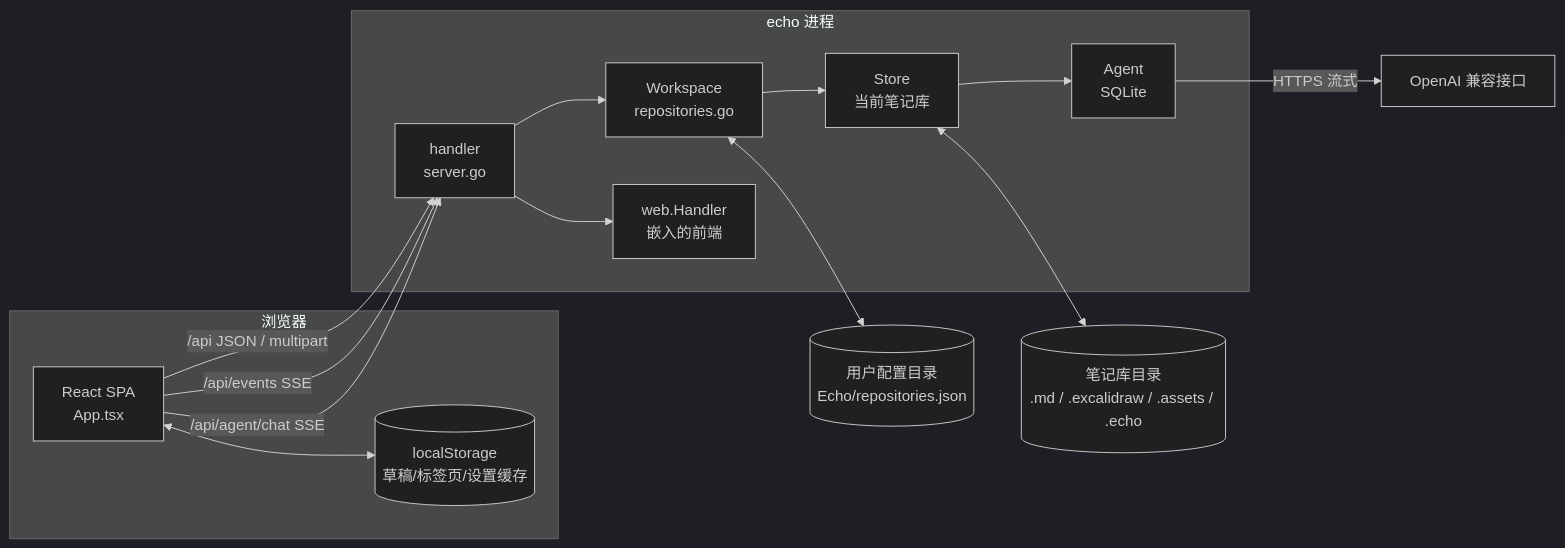
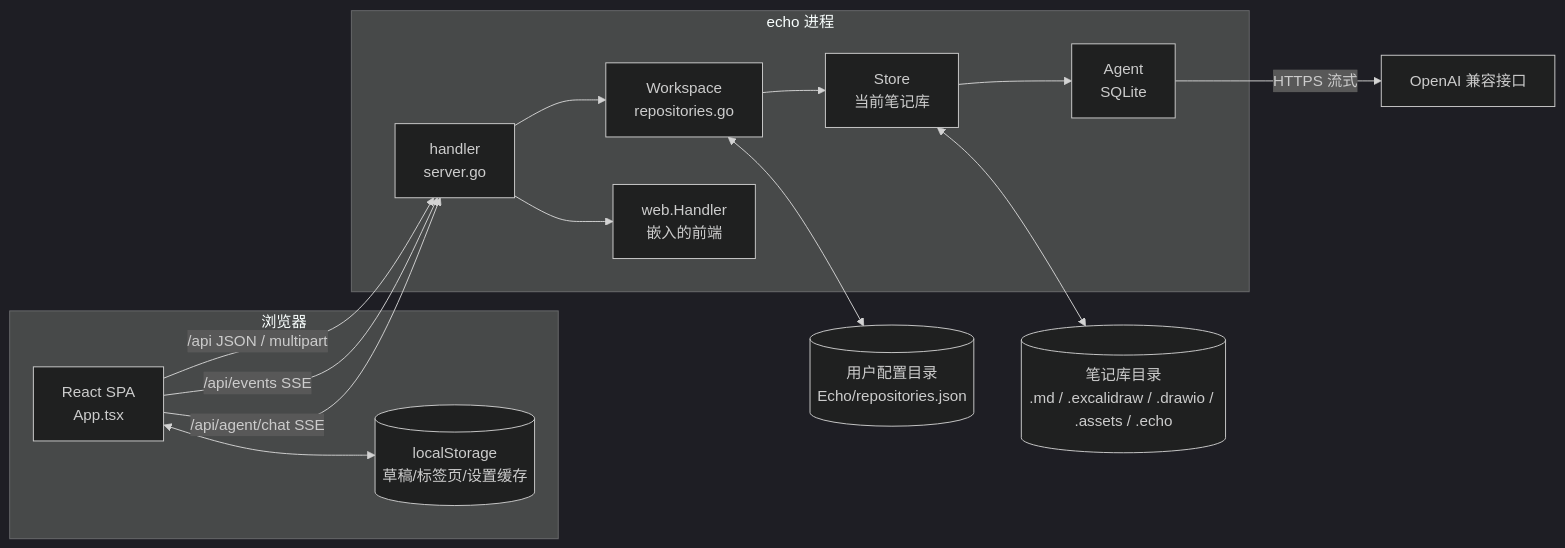
The first of 2 diagrams in docs/architecture.md (Landers1037/Echo), drawn with Mermaid (dark theme) before and after one commit. The commit also changed other lines of this file and 24 other files, not shown here.

First line of the commit message:
feat: edit Draw.io diagrams offline inside the notebook

````diff
--- a/docs/architecture.md
+++ b/docs/architecture.md
@@ -67,26 +67,26 @@
 ```mermaid
 flowchart LR
   subgraph Browser[浏览器]
     UI[React SPA<br/>App.tsx]
     LS[(localStorage<br/>草稿/标签页/设置缓存)]
     UI <--> LS
   end
   subgraph Go[echo 进程]
     H[handler<br/>server.go]
     WS[Workspace<br/>repositories.go]
     ST[Store<br/>当前笔记库]
     AG[Agent<br/>SQLite]
     WEB[web.Handler<br/>嵌入的前端]
     H --> WS --> ST --> AG
     H --> WEB
   end
-  FS[(笔记库目录<br/>.md / .excalidraw / .assets / .echo)]
+  FS[(笔记库目录<br/>.md / .excalidraw / .drawio / .assets / .echo)]
   HIST[(用户配置目录<br/>Echo/repositories.json)]
   LLM[OpenAI 兼容接口]
   UI -- /api JSON / multipart --> H
   UI -- /api/events SSE --> H
   UI -- /api/agent/chat SSE --> H
   ST <--> FS
   WS <--> HIST
   AG -- HTTPS 流式 --> LLM
 ```
````
